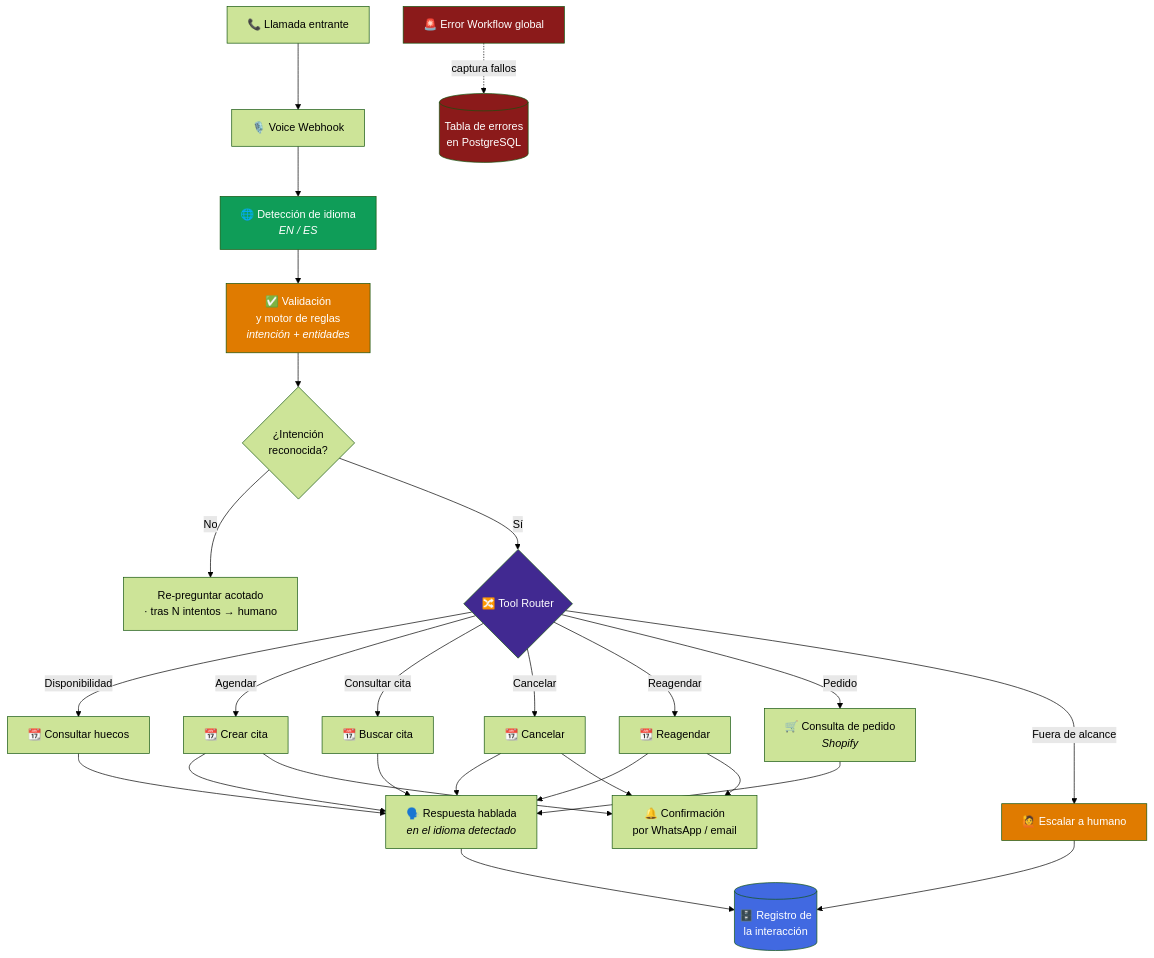
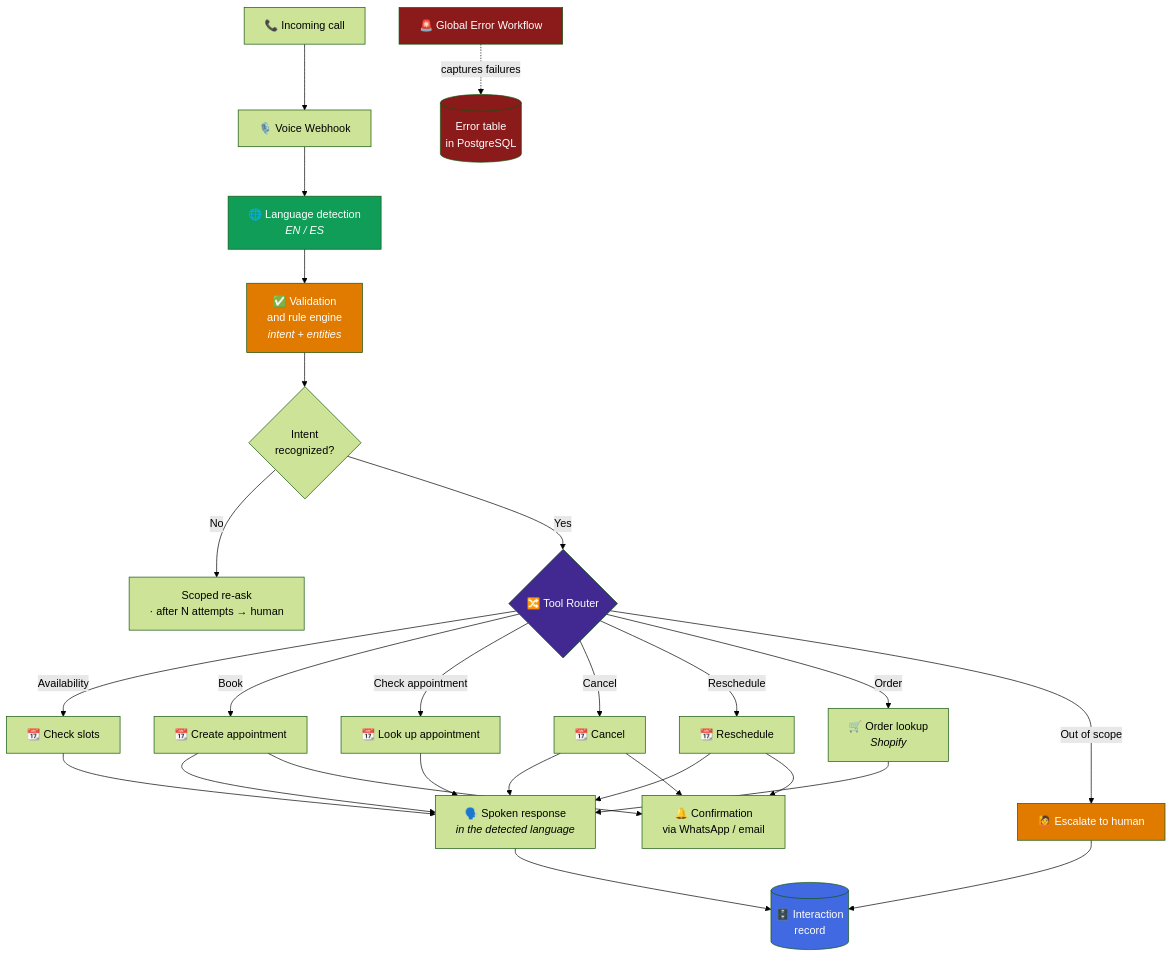
Before and after one commit to BhrayanM/Portafolio: the first of 2 diagrams in projects/voice-receptionist/README.md, drawn with Mermaid (forest theme). The commit also changed other lines of this file and 59 other files, not shown here.

````diff
--- a/projects/voice-receptionist/README.md
+++ b/projects/voice-receptionist/README.md
@@ -46,41 +46,41 @@
 ```mermaid
 flowchart TD
-    A["📞 Llamada entrante"] --> B["🎙️ Voice Webhook"]
-    B --> C["🌐 Detección de idioma<br/><i>EN / ES</i>"]
-    C --> D["✅ Validación<br/>y motor de reglas<br/><i>intención + entidades</i>"]
-    D --> E{"¿Intención<br/>reconocida?"}
-    E -- No --> E1["Re-preguntar acotado<br/>· tras N intentos → humano"]
-    E -- Sí --> F{"🔀 Tool Router"}
+    A["📞 Incoming call"] --> B["🎙️ Voice Webhook"]
+    B --> C["🌐 Language detection<br/><i>EN / ES</i>"]
+    C --> D["✅ Validation<br/>and rule engine<br/><i>intent + entities</i>"]
+    D --> E{"Intent<br/>recognized?"}
+    E -- No --> E1["Scoped re-ask<br/>· after N attempts → human"]
+    E -- Yes --> F{"🔀 Tool Router"}
 
-    F -- "Disponibilidad" --> G["📆 Consultar huecos"]
-    F -- "Agendar" --> H["📆 Crear cita"]
-    F -- "Consultar cita" --> I["📆 Buscar cita"]
-    F -- "Cancelar" --> J["📆 Cancelar"]
-    F -- "Reagendar" --> K["📆 Reagendar"]
-    F -- "Pedido" --> L["🛒 Consulta de pedido<br/><i>Shopify</i>"]
-    F -- "Fuera de alcance" --> M["🙋 Escalar a humano"]
+    F -- "Availability" --> G["📆 Check slots"]
+    F -- "Book" --> H["📆 Create appointment"]
+    F -- "Check appointment" --> I["📆 Look up appointment"]
+    F -- "Cancel" --> J["📆 Cancel"]
+    F -- "Reschedule" --> K["📆 Reschedule"]
+    F -- "Order" --> L["🛒 Order lookup<br/><i>Shopify</i>"]
+    F -- "Out of scope" --> M["🙋 Escalate to human"]
 
-    G --> N["🗣️ Respuesta hablada<br/><i>en el idioma detectado</i>"]
+    G --> N["🗣️ Spoken response<br/><i>in the detected language</i>"]
     H --> N
     I --> N
     J --> N
     K --> N
     L --> N
 
-    H --> O["🔔 Confirmación<br/>por WhatsApp / email"]
+    H --> O["🔔 Confirmation<br/>via WhatsApp / email"]
     K --> O
     J --> O
 
-    N --> P[("🗄️ Registro de<br/>la interacción")]
+    N --> P[("🗄️ Interaction<br/>record")]
     M --> P
 
-    Q["🚨 Error Workflow global"] -.captura fallos.-> R[("Tabla de errores<br/>en PostgreSQL")]
+    Q["🚨 Global Error Workflow"] -.captures failures.-> R[("Error table<br/>in PostgreSQL")]
 
     style C fill:#0F9D58,color:#fff
     style D fill:#e07b00,color:#fff
     style F fill:#412991,color:#fff
     style M fill:#e07b00,color:#fff
     style P fill:#4169E1,color:#fff
     style Q fill:#8b1a1a,color:#fff
     style R fill:#8b1a1a,color:#fff
 ```
````
